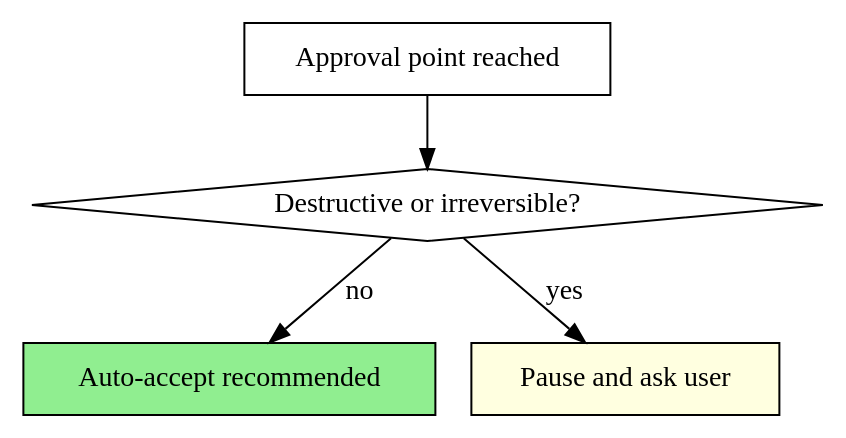
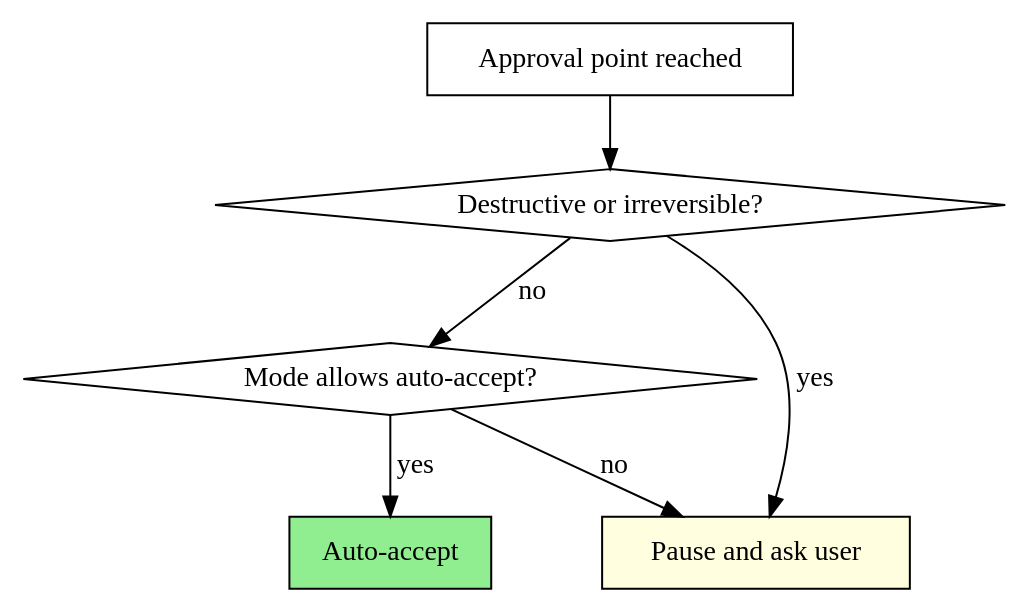
The second of 2 diagrams in SKILL.md (joe888777/autopilot-skill), drawn with Graphviz before and after one commit. The commit also changed other lines of this file and 2 other files, not shown here.

````diff
--- a/SKILL.md
+++ b/SKILL.md
@@ -102,12 +151,15 @@
 ```dot
 digraph autopilot_decision {
     "Approval point reached" [shape=box];
     "Destructive or irreversible?" [shape=diamond];
-    "Auto-accept recommended" [shape=box, style=filled, fillcolor=lightgreen];
+    "Mode allows auto-accept?" [shape=diamond];
+    "Auto-accept" [shape=box, style=filled, fillcolor=lightgreen];
     "Pause and ask user" [shape=box, style=filled, fillcolor=lightyellow];
 
     "Approval point reached" -> "Destructive or irreversible?";
     "Destructive or irreversible?" -> "Pause and ask user" [label="yes"];
-    "Destructive or irreversible?" -> "Auto-accept recommended" [label="no"];
+    "Destructive or irreversible?" -> "Mode allows auto-accept?" [label="no"];
+    "Mode allows auto-accept?" -> "Auto-accept" [label="yes"];
+    "Mode allows auto-accept?" -> "Pause and ask user" [label="no"];
 }
 ```
````
